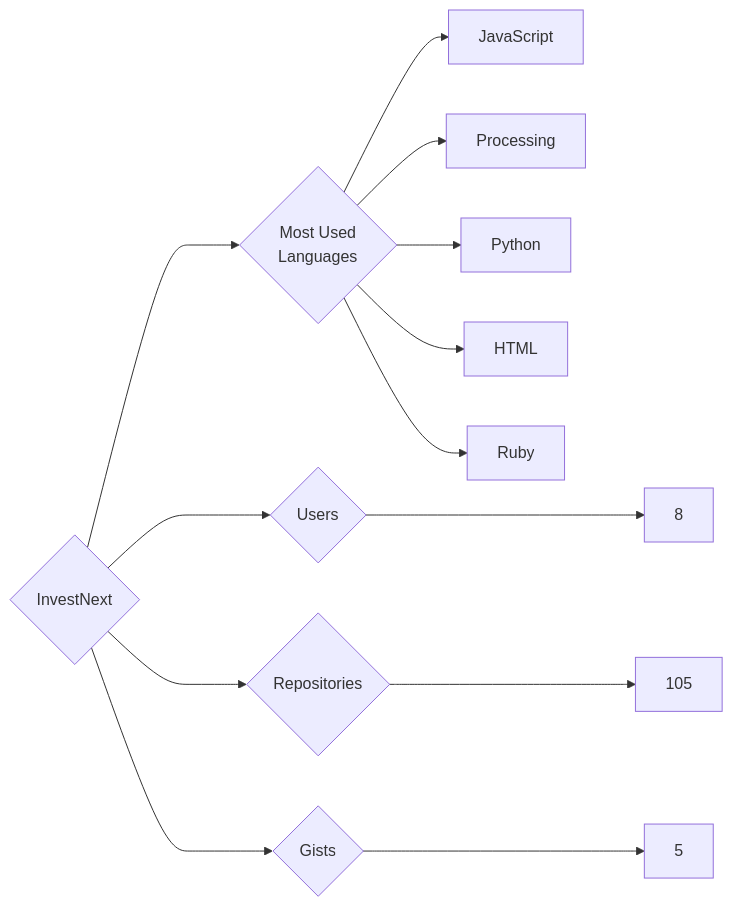
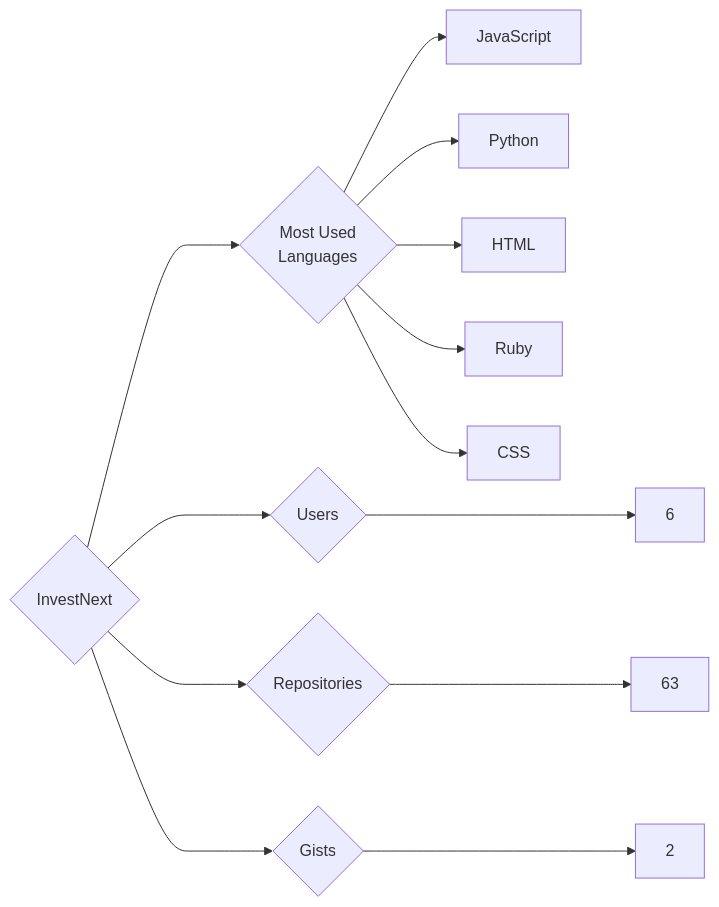
Before and after one commit to trickest/insiders: the diagram in targets/InvestNext/README.md, drawn with Mermaid. The commit also changed 1141 other files, not shown here.

````diff
--- a/targets/InvestNext/README.md
+++ b/targets/InvestNext/README.md
@@ -3,13 +3,13 @@
 ```mermaid
 graph LR
 COMPANY_NAME{InvestNext}
-COMPANY_NAME ---> U{Users} ---> UN[8]
-COMPANY_NAME ---> R{Repositories} ---> RN[105]
-COMPANY_NAME ---> G{Gists} ---> GN[5]
+COMPANY_NAME ---> U{Users} ---> UN[6]
+COMPANY_NAME ---> R{Repositories} ---> RN[63]
+COMPANY_NAME ---> G{Gists} ---> GN[2]
 COMPANY_NAME ---> ML{Most Used<br>Languages}
 ML --> JavaScript[JavaScript]
-ML --> Processing[Processing]
 ML --> Python[Python]
 ML --> HTML[HTML]
 ML --> Ruby[Ruby]
+ML --> CSS[CSS]
 ```
````
